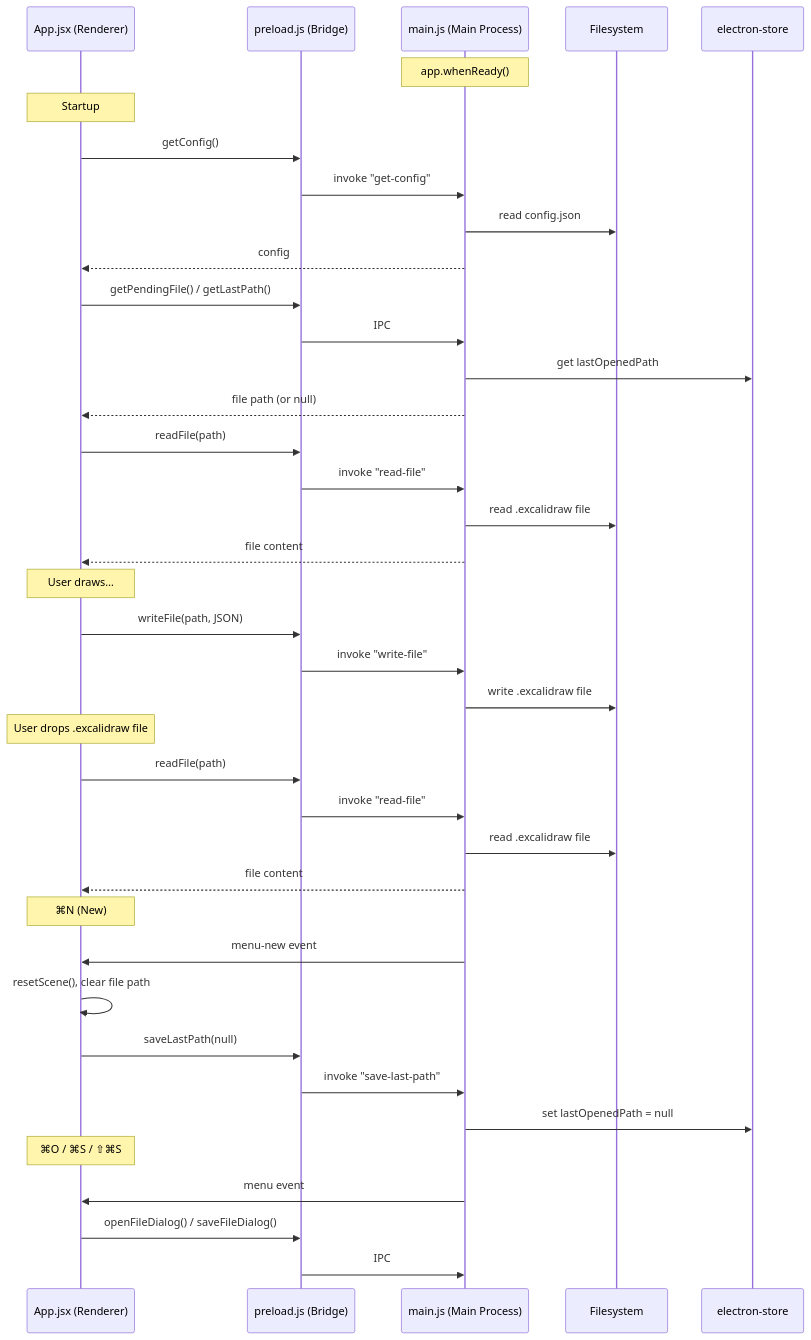
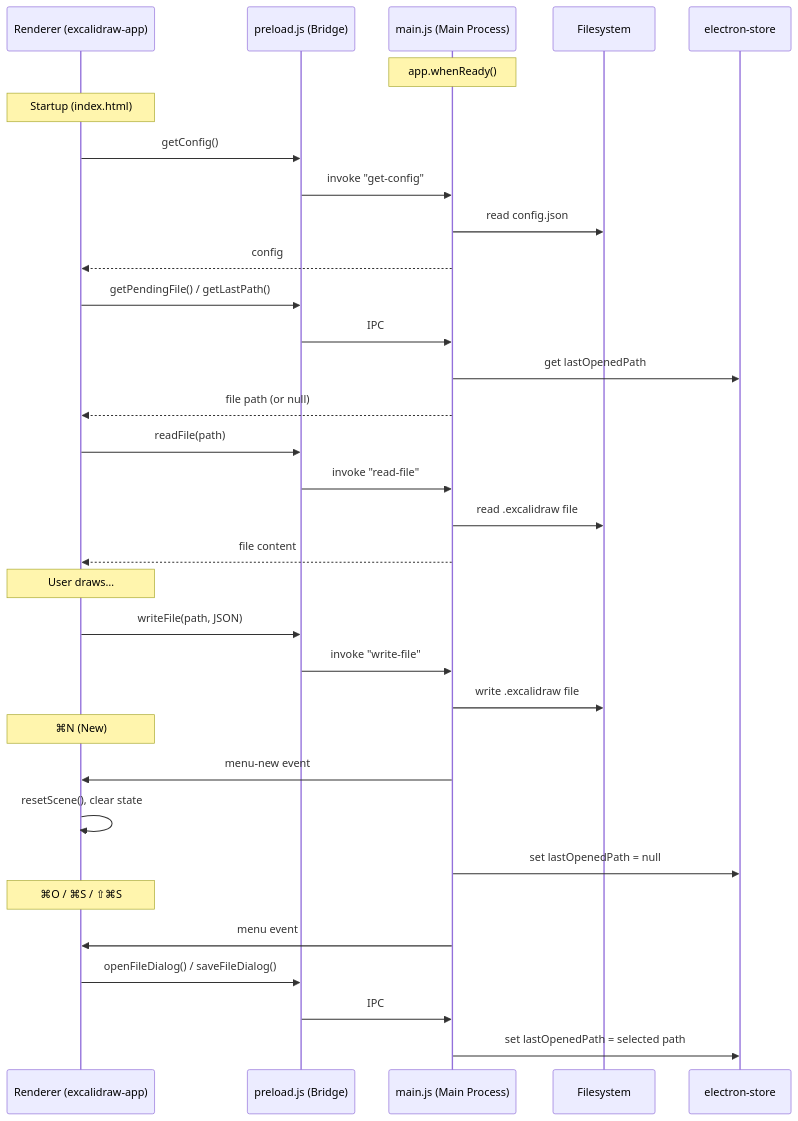
The diagram in README.md (gerkoh/excalidraw-mac), drawn with Mermaid before and after one commit. The commit also changed other lines of this file, not shown here.

````diff
--- a/README.md
+++ b/README.md
@@ -7,49 +7,43 @@
 ```mermaid
 sequenceDiagram
-    participant App as App.jsx (Renderer)
+    participant App as Renderer (excalidraw-app)
     participant Preload as preload.js (Bridge)
     participant Main as main.js (Main Process)
     participant FS as Filesystem
     participant Store as electron-store
 
     Note over Main: app.whenReady()
 
-    Note over App: Startup
+    Note over App: Startup (index.html)
     App->>Preload: getConfig()
     Preload->>Main: invoke "get-config"
     Main->>FS: read config.json
     Main-->>App: config
 
     App->>Preload: getPendingFile() / getLastPath()
     Preload->>Main: IPC
     Main->>Store: get lastOpenedPath
     Main-->>App: file path (or null)
 
     App->>Preload: readFile(path)
     Preload->>Main: invoke "read-file"
     Main->>FS: read .excalidraw file
     Main-->>App: file content
 
     Note over App: User draws…
     App->>Preload: writeFile(path, JSON)
     Preload->>Main: invoke "write-file"
     Main->>FS: write .excalidraw file
 
-    Note over App: User drops .excalidraw file
-    App->>Preload: readFile(path)
-    Preload->>Main: invoke "read-file"
-    Main->>FS: read .excalidraw file
-    Main-->>App: file content
-
     Note over App: ⌘N (New)
     Main->>App: menu-new event
-    App->>App: resetScene(), clear file path
-    App->>Preload: saveLastPath(null)
-    Preload->>Main: invoke "save-last-path"
+    App->>App: resetScene(), clear state
     Main->>Store: set lastOpenedPath = null
 
     Note over App: ⌘O / ⌘S / ⇧⌘S
     Main->>App: menu event
     App->>Preload: openFileDialog() / saveFileDialog()
     Preload->>Main: IPC
+    Main->>Store: set lastOpenedPath = selected path
+
 ```
````
